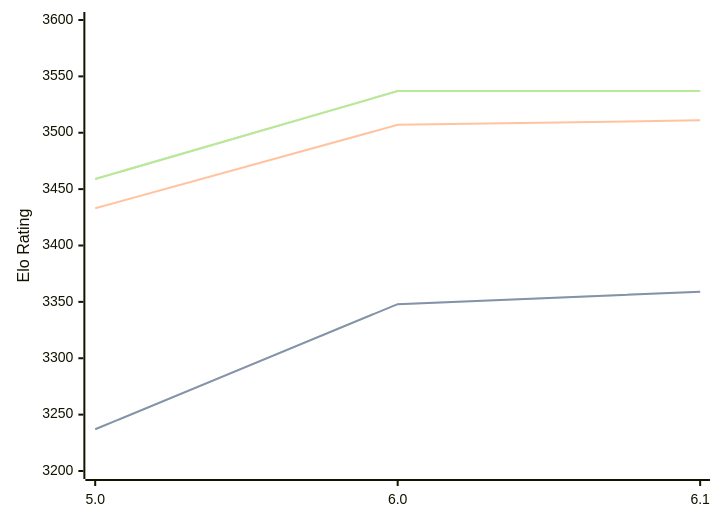
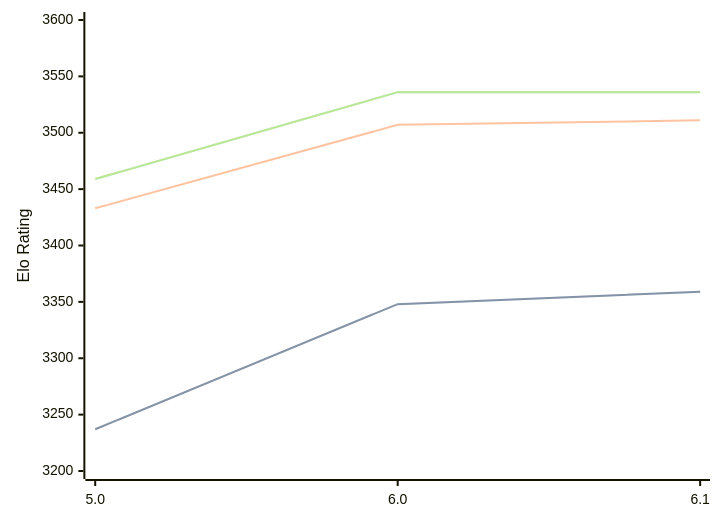
The diagram in engines/Starzix.md (computer-chess-index/cci), drawn with Mermaid before and after one commit. The commit also changed other lines of this file, not shown here.

Commit message:
Update CCI Ratings (ELO VLTC) - 2026-03-22

````diff
--- a/engines/Starzix.md
+++ b/engines/Starzix.md
@@ -37,11 +37,11 @@
 ```mermaid
 %%{init: {"theme":"base","themeVariables":{"seriesColors:['#a3a3a3','#222221','#faa371']}}}%%
 xychart-beta
   x-axis ["5.0", "6.0", "6.1"]
   y-axis "Elo Rating" 3200 --> 3600
   line "STC (8.0+0.08s)" [3237, 3348, 3359]
   line "STC (8.0+0.08s)" [3237, 3348, 3359]
   line "LTC (60.0+0.60s)" [3433, 3507, 3511]
-  line "VLTC (2m24s+1.12s)" [3459, 3537, 3537]
-  line "VLTC (2m24s+1.12s)" [3459, 3537, 3537]
+  line "VLTC (2m24s+1.12s)" [3459, 3536, 3536]
+  line "VLTC (2m24s+1.12s)" [3459, 3536, 3536]
 ```
````
